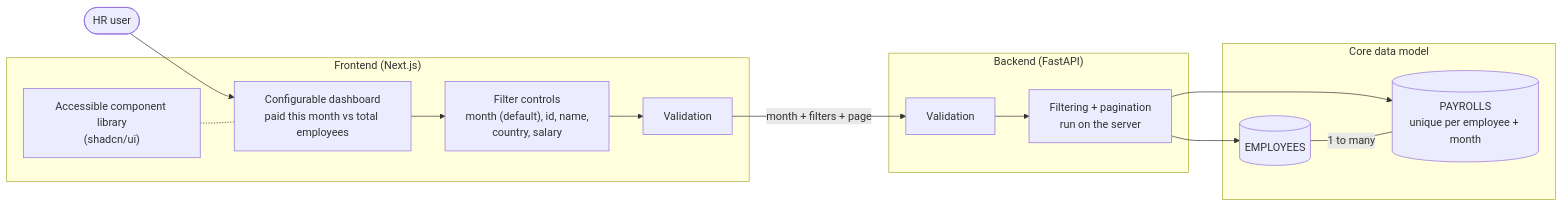
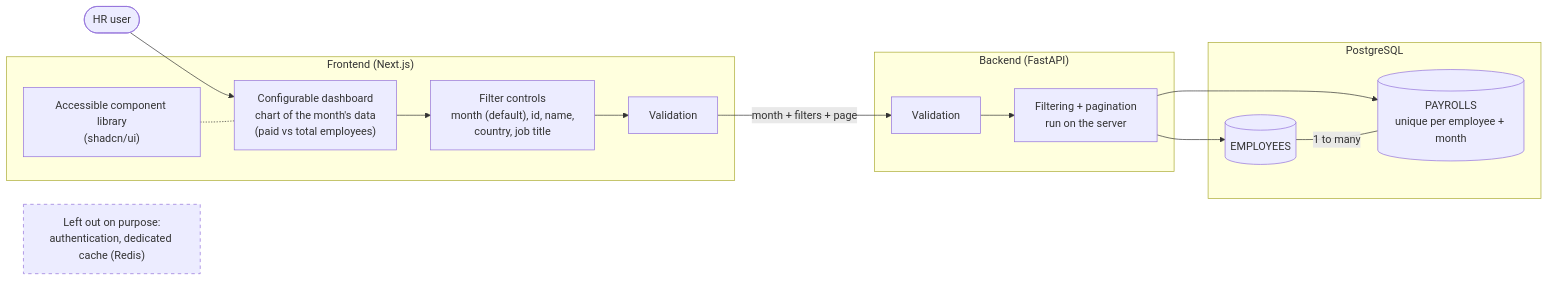
Before and after one commit to DaX-523/incubyte_salary_mgmt: the second of 2 diagrams in artifacts/DIAGRAMS.md, drawn with Mermaid. The commit also changed other lines of this file and 8 other files, not shown here.

````diff
--- a/artifacts/DIAGRAMS.md
+++ b/artifacts/DIAGRAMS.md
@@ -41,28 +42,32 @@
 ```mermaid
 flowchart LR
     hr(["HR user"])
 
     subgraph fe["Frontend (Next.js)"]
         ui["Accessible component library<br/>(shadcn/ui)"]
-        dash["Configurable dashboard<br/>paid this month vs total employees"]
-        controls["Filter controls<br/>month (default), id, name,<br/>country, salary"]
+        dash["Configurable dashboard<br/>chart of the month's data<br/>(paid vs total employees)"]
+        controls["Filter controls<br/>month (default), id, name,<br/>country, job title"]
         feval["Validation"]
     end
 
     subgraph be["Backend (FastAPI)"]
         beval["Validation"]
         query["Filtering + pagination<br/>run on the server"]
     end
 
-    subgraph data["Core data model"]
+    subgraph data["PostgreSQL"]
         emp[("EMPLOYEES")]
         pay[("PAYROLLS<br/>unique per employee + month")]
     end
+
+    out["Left out on purpose:<br/>authentication, dedicated cache (Redis)"]
 
     hr --> dash --> controls --> feval
     feval -- "month + filters + page" --> beval --> query
     query --> emp
     query --> pay
     emp -- "1 to many" --- pay
     ui -.- dash
+
+    style out stroke-dasharray: 5 5
 ```
````
